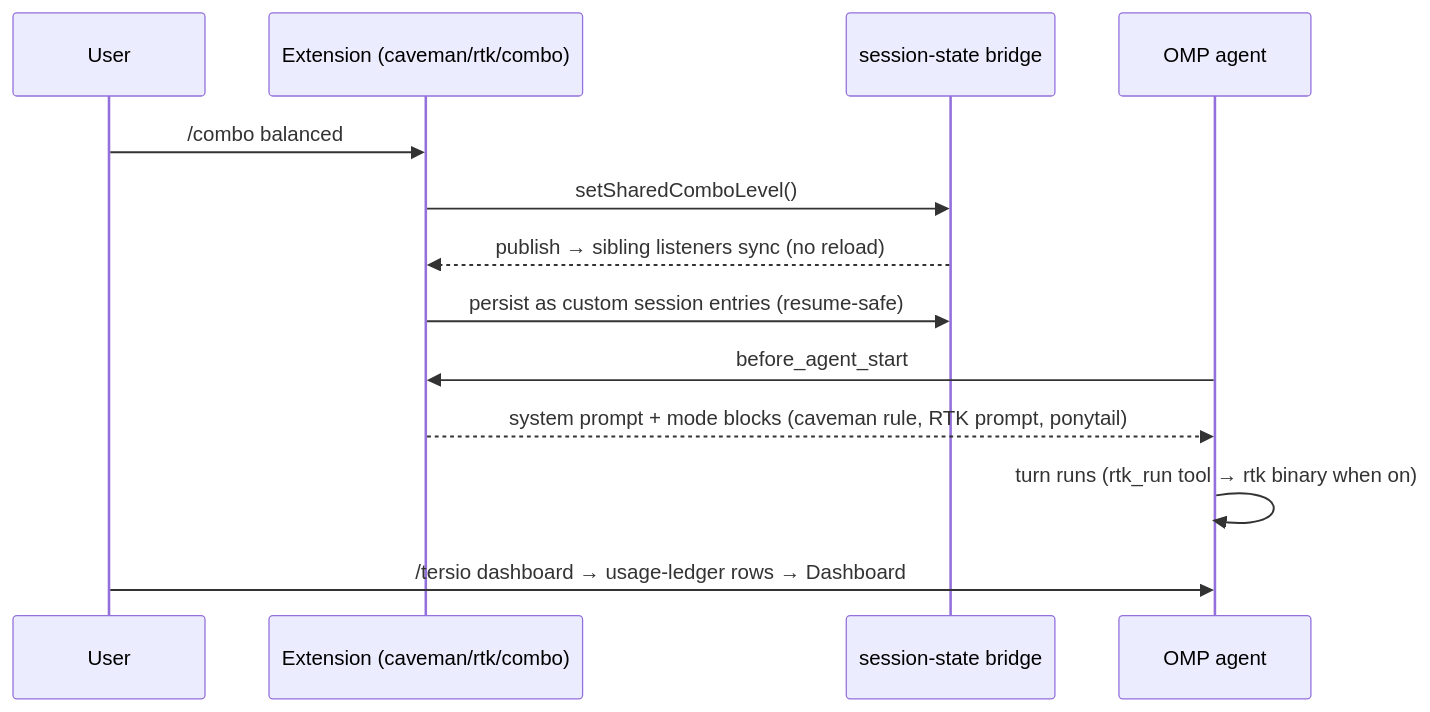
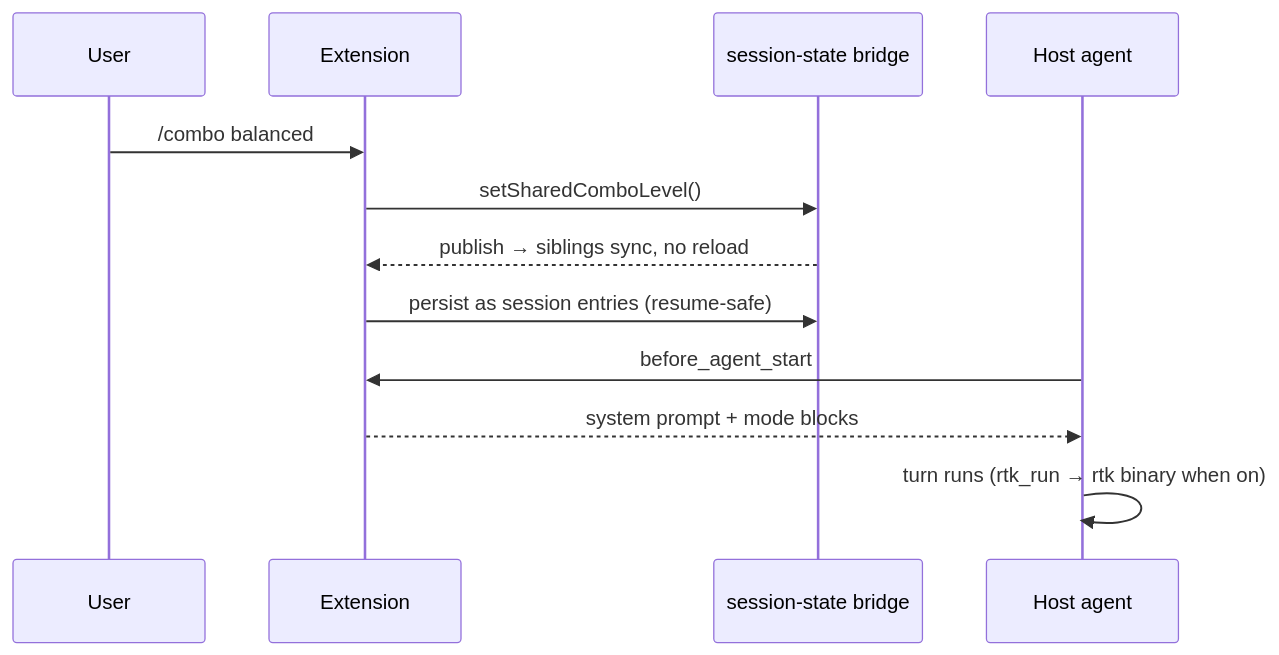
The second of 3 diagrams in docs/ARCHITECTURE.md (KurutoDenzeru/tersio), drawn with Mermaid before and after one commit. The commit also changed other lines of this file and 1 other file, not shown here.

Commit message:
docs: state plainly that the dashboard reads omp only, and where pi and opencode land

````diff
--- a/docs/ARCHITECTURE.md
+++ b/docs/ARCHITECTURE.md
@@ -58,15 +43,14 @@
 ```mermaid
 sequenceDiagram
   participant U as User
-  participant X as Extension (caveman/rtk/combo)
+  participant X as Extension
   participant B as session-state bridge
-  participant A as OMP agent
+  participant A as Host agent
   U->>X: /combo balanced
   X->>B: setSharedComboLevel()
-  B-->>X: publish → sibling listeners sync (no reload)
-  X->>B: persist as custom session entries (resume-safe)
+  B-->>X: publish → siblings sync, no reload
+  X->>B: persist as session entries (resume-safe)
   A->>X: before_agent_start
-  X-->>A: system prompt + mode blocks (caveman rule, RTK prompt, ponytail)
-  A->>A: turn runs (rtk_run tool → rtk binary when on)
-  U->>A: /tersio dashboard → usage-ledger rows → Dashboard
+  X-->>A: system prompt + mode blocks
+  A->>A: turn runs (rtk_run → rtk binary when on)
 ```
````
